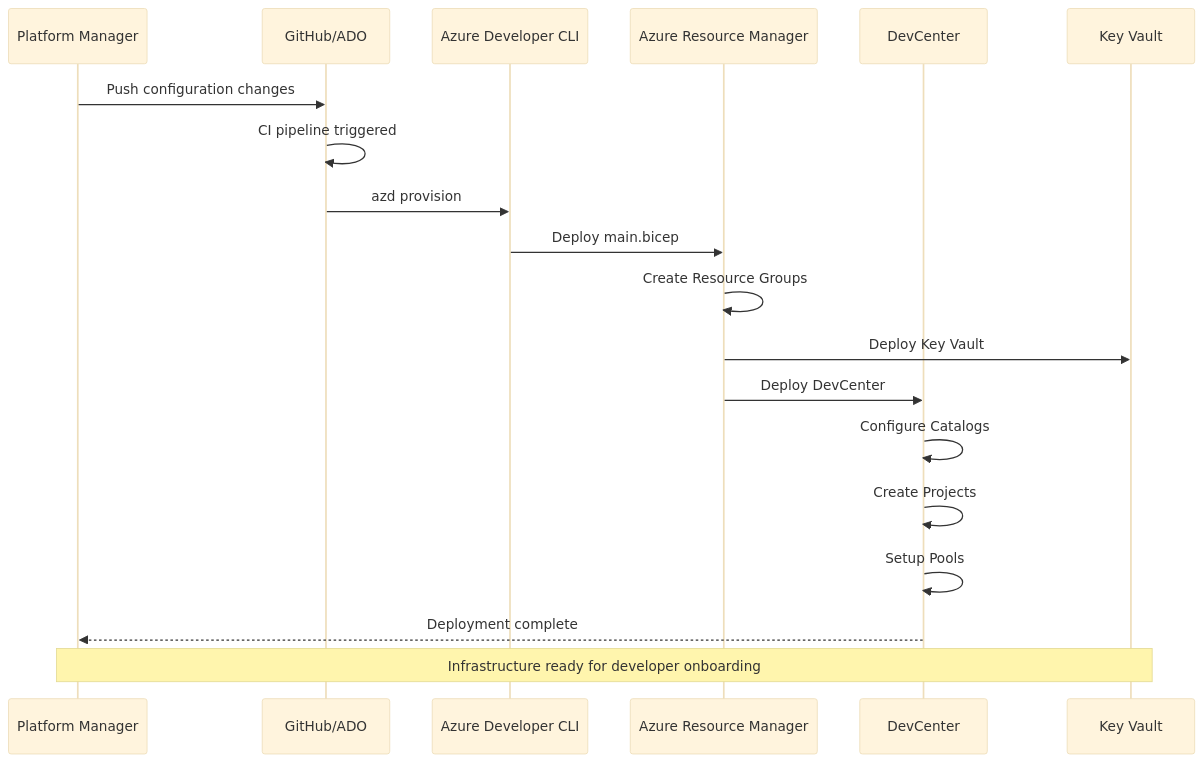
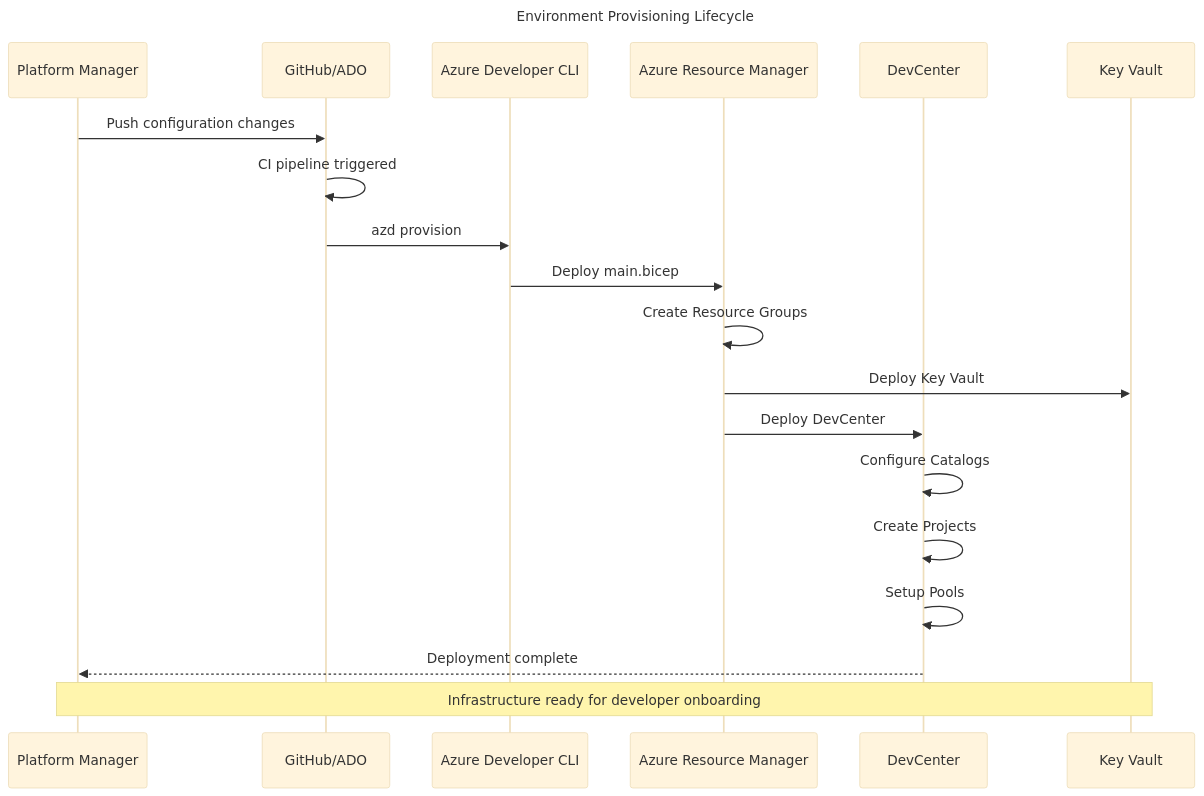
The sixth of 8 diagrams in docs/architecture/01-business-architecture.md (Evilazaro/DevExp-DevBox), drawn with Mermaid (base theme) before and after one commit. The commit also changed other lines of this file, not shown here.

Commit message:
Refactor business architecture documentation to enhance clarity and detail in diagrams and value propositions

````diff
--- a/docs/architecture/01-business-architecture.md
+++ b/docs/architecture/01-business-architecture.md
@@ -339,23 +410,28 @@
 ```mermaid
+---
+title: Environment Provisioning Lifecycle
+---
 sequenceDiagram
+    %% ===== PARTICIPANTS =====
     participant PM as Platform Manager
     participant GH as GitHub/ADO
     participant AZD as Azure Developer CLI
     participant ARM as Azure Resource Manager
     participant DC as DevCenter
     participant KV as Key Vault
 
+    %% ===== PROVISIONING FLOW =====
     PM->>GH: Push configuration changes
     GH->>GH: CI pipeline triggered
     GH->>AZD: azd provision
     AZD->>ARM: Deploy main.bicep
     ARM->>ARM: Create Resource Groups
     ARM->>KV: Deploy Key Vault
     ARM->>DC: Deploy DevCenter
     DC->>DC: Configure Catalogs
     DC->>DC: Create Projects
     DC->>DC: Setup Pools
     DC-->>PM: Deployment complete
 
     Note over PM,KV: Infrastructure ready for developer onboarding
 ```
````
